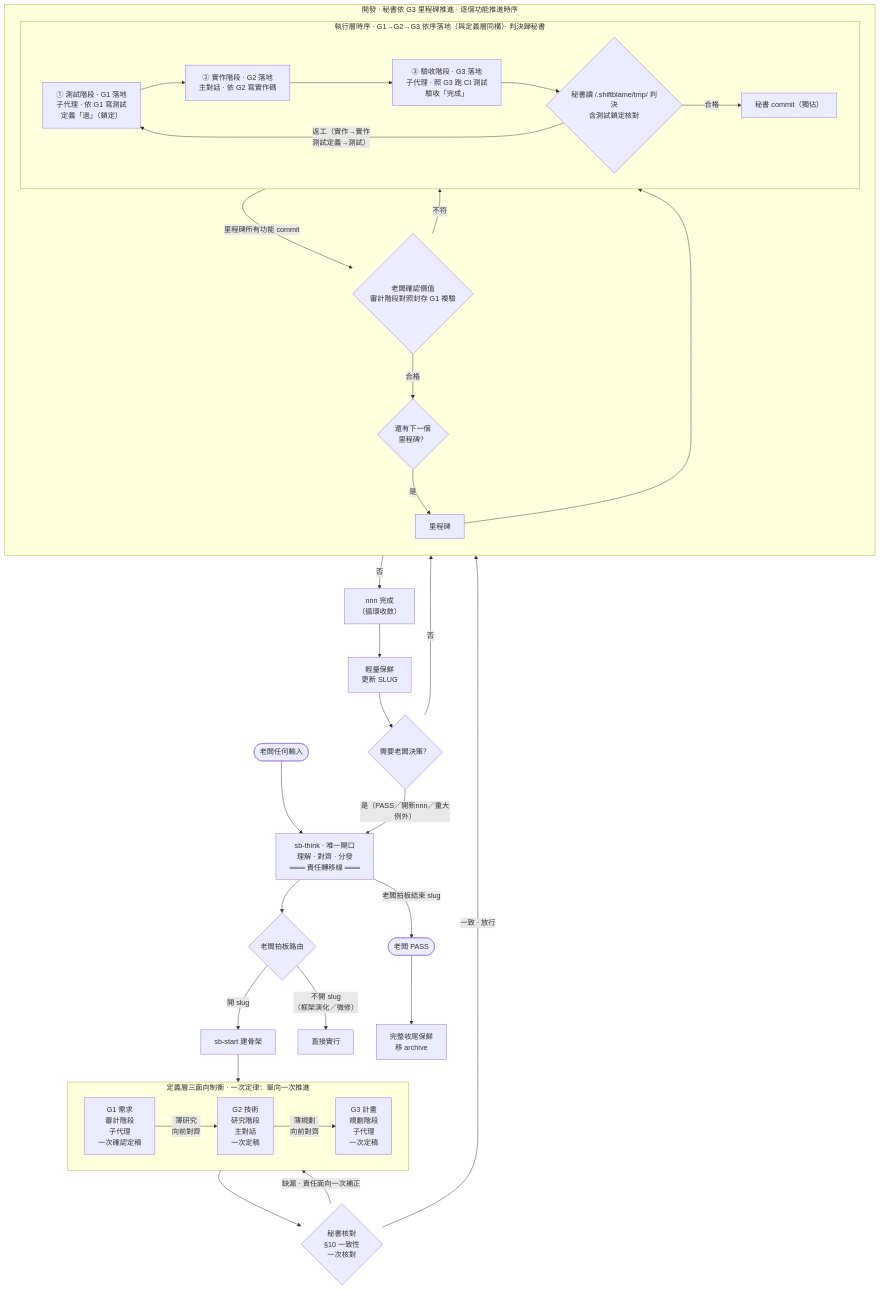
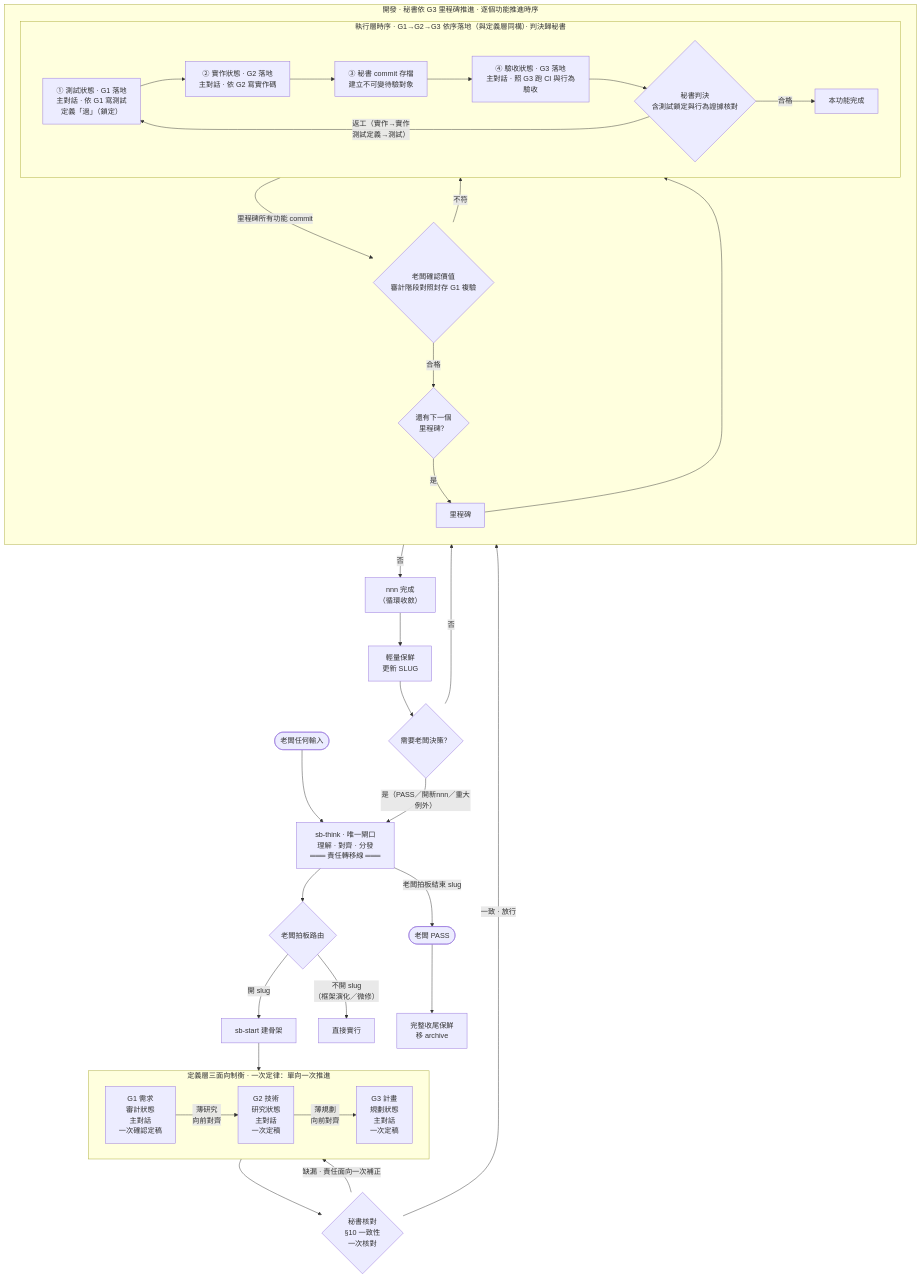
Before and after one commit to teps3105/shiftblame: the first of 2 diagrams in README.md, drawn with Mermaid. The commit also changed other lines of this file and 31 other files, not shown here.

````diff
--- a/README.md
+++ b/README.md
@@ -49,42 +50,43 @@
 ```mermaid
 flowchart TD
     Boss([老闆任何輸入]) --> Think["sb-think · 唯一閘口<br/>理解 · 對齊 · 分發<br/>═══ 責任轉移線 ═══"]
     Think --> Route{老闆拍板路由}
     Route -- "開 slug" --> Start["sb-start 建骨架"] --> Check
     Route -- "不開 slug<br/>（框架演化／微修）" --> Direct["直接實行"]
 
     subgraph Check["定義層三面向制衡 · 一次定律：單向一次推進"]
         direction LR
-        G1["G1 需求<br/>審計階段<br/>子代理<br/>一次確認定稿"] -->|薄研究<br/>向前對齊| G2["G2 技術<br/>研究階段<br/>主對話<br/>一次定稿"]
-        G2 -->|薄規劃<br/>向前對齊| G3["G3 計畫<br/>規劃階段<br/>子代理<br/>一次定稿"]
+        G1["G1 需求<br/>審計狀態<br/>主對話<br/>一次確認定稿"] -->|薄研究<br/>向前對齊| G2["G2 技術<br/>研究狀態<br/>主對話<br/>一次定稿"]
+        G2 -->|薄規劃<br/>向前對齊| G3["G3 計畫<br/>規劃狀態<br/>主對話<br/>一次定稿"]
     end
 
     Check --> Consist{秘書核對<br/>§10 一致性<br/>一次核對}
     Consist -- 缺漏 · 責任面向一次補正 --> Check
     Consist -- 一致 · 放行 --> Dev
 
     subgraph Dev["開發 · 秘書依 G3 里程碑推進 · 逐個功能推進時序"]
         direction TB
         MS["里程碑"] --> Loop
         subgraph Loop["執行層時序 · G1→G2→G3 依序落地（與定義層同構）· 判決歸秘書"]
             direction LR
-            T["① 測試階段 · G1 落地<br/>子代理 · 依 G1 寫測試<br/>定義「過」（鎖定）"] --> D["② 實作階段 · G2 落地<br/>主對話 · 依 G2 寫實作碼"]
-            D --> A["③ 驗收階段 · G3 落地<br/>子代理 · 照 G3 跑 CI 測試<br/>驗收「完成」"]
-            A --> Judge{秘書讀 <repo>/.shiftblame/tmp/ 判決<br/>含測試鎖定核對}
-            Judge -- 合格 --> Commit["秘書 commit（獨佔）"]
+            T["① 測試狀態 · G1 落地<br/>主對話 · 依 G1 寫測試<br/>定義「過」（鎖定）"] --> D["② 實作狀態 · G2 落地<br/>主對話 · 依 G2 寫實作碼"]
+            D --> Commit["③ 秘書 commit 存檔<br/>建立不可變待驗對象"]
+            Commit --> A["④ 驗收狀態 · G3 落地<br/>主對話 · 照 G3 跑 CI 與行為驗收"]
+            A --> Judge{秘書判決<br/>含測試鎖定與行為證據核對}
+            Judge -- 合格 --> Done["本功能完成"]
             Judge -- "返工（實作→實作<br/>測試定義→測試）" --> T
         end
         Loop -- 里程碑所有功能 commit --> MA{"老闆確認價值<br/>審計階段對照封存 G1 複驗"}
         MA -- 不符 --> Loop
         MA -- 合格 --> Next{還有下一個<br/>里程碑？}
         Next -- 是 --> MS
     end
 
     Next -- 否 --> NnnDone["nnn 完成<br/>（循環收斂）"]
     NnnDone --> LightFresh["輕量保鮮<br/>更新 SLUG"]
     LightFresh --> Decide{"需要老闆決策？"}
     Decide -- 是（PASS／開新nnn／重大例外） --> Think
     Decide -- 否 --> Dev
     Think -- 老闆拍板結束 slug --> Pass([老闆 PASS])
     Pass --> FullFresh["完整收尾保鮮<br/>移 archive"]
 ```
````
